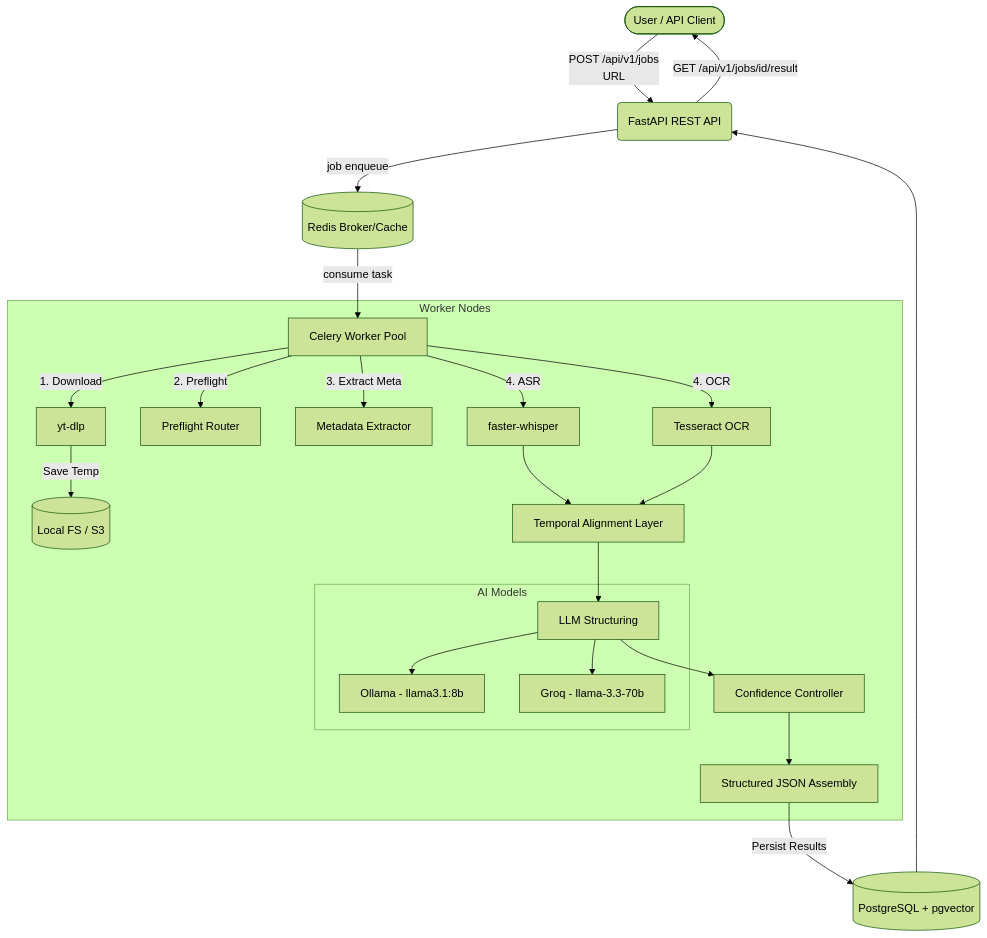
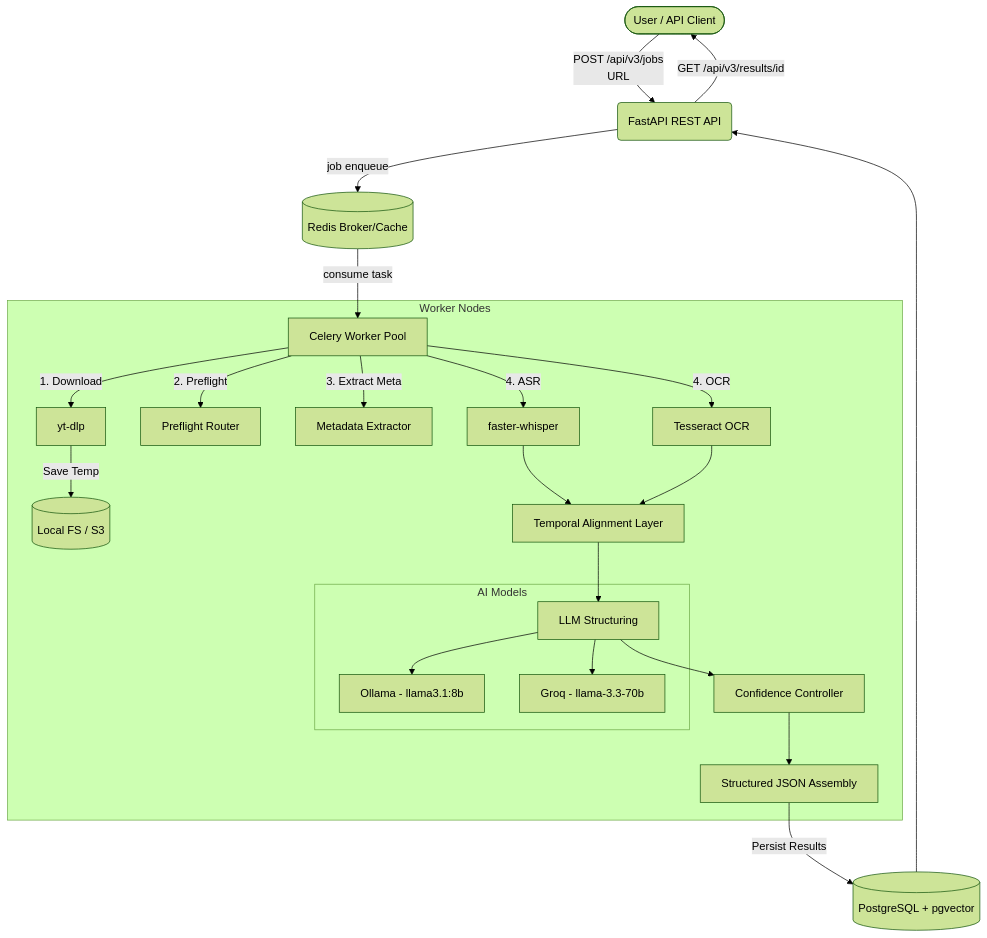
One commit to MuzammilCk/theytclfr changed the first of 2 diagrams in docs/ARCHITECTURE.md. Above: the diagram before and after it, drawn with Mermaid (forest theme). The commit also changed 42 other files, not shown here.

````diff
--- a/docs/ARCHITECTURE.md
+++ b/docs/ARCHITECTURE.md
@@ -9,34 +9,34 @@
 ```mermaid
 flowchart TD
-    User([User / API Client]) -->|POST /api/v1/jobs <br> URL| API(FastAPI REST API)
+    User([User / API Client]) -->|POST /api/v3/jobs <br> URL| API(FastAPI REST API)
     API -->|job enqueue| RedisCache[(Redis Broker/Cache)]
     RedisCache -->|consume task| Worker[Celery Worker Pool]
     
     subgraph Worker Nodes
         Worker -->|1. Download| YTDLP[yt-dlp]
         YTDLP -->|Save Temp| TempStorage[(Local FS / S3)]
         
         Worker -->|2. Preflight| Router[Preflight Router]
         Worker -->|3. Extract Meta| Metadata[Metadata Extractor]
         
         Worker -->|4. ASR| ASR[faster-whisper]
         Worker -->|4. OCR| OCR[Tesseract OCR]
         
         ASR --> Align[Temporal Alignment Layer]
         OCR --> Align
         
         Align --> LLM[LLM Structuring]
         
         subgraph AI Models
             LLM --> LocalLLM[Ollama - llama3.1:8b]
             LLM --> CloudLLM[Groq - llama-3.3-70b]
         end
         
         LLM --> Confidence[Confidence Controller]
         Confidence --> JSONGen[Structured JSON Assembly]
     end
     
     JSONGen -->|Persist Results| DB[(PostgreSQL + pgvector)]
     DB --> API
-    API -->|GET /api/v1/jobs/id/result| User
+    API -->|GET /api/v3/results/id| User
 ```
````
